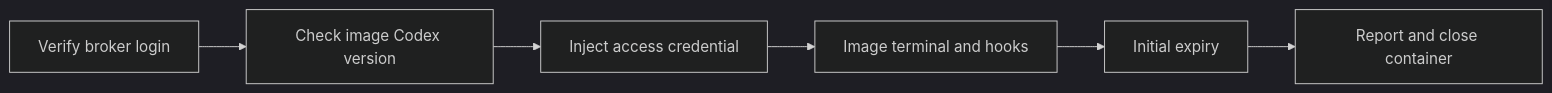
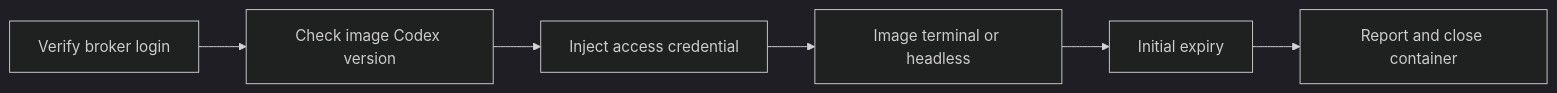
One commit to ophis/agent-pm changed the third of 4 diagrams in docs/docker-codex.md. Above: the diagram before and after it, drawn with Mermaid (dark theme). The commit also changed other lines of this file and 21 other files, not shown here.

````diff
--- a/docs/docker-codex.md
+++ b/docs/docker-codex.md
@@ -124,8 +124,8 @@
 ```mermaid
 flowchart LR
     B[Verify broker login] --> V[Check image Codex version]
     V --> I[Inject access credential]
-    I --> T[Image terminal and hooks]
+    I --> T[Image terminal or headless]
     T --> E[Initial expiry]
     E --> C[Report and close container]
 ```
````
